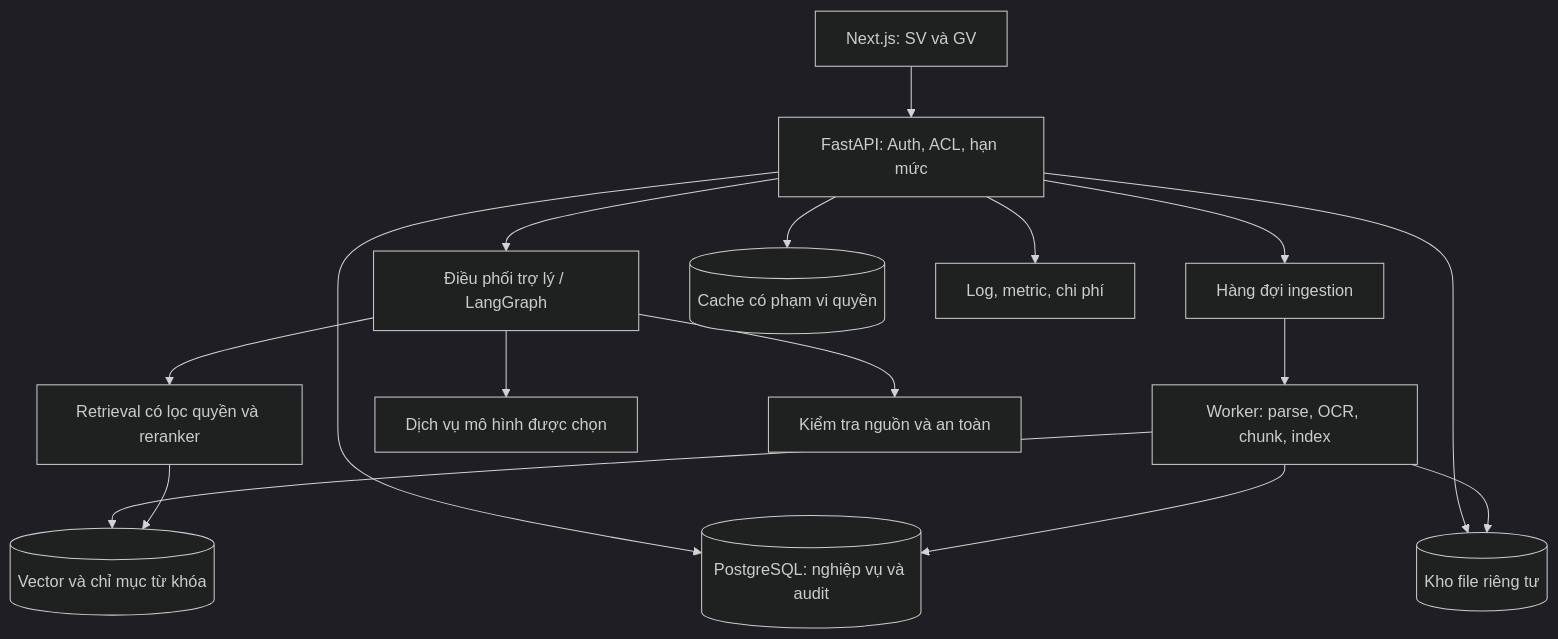
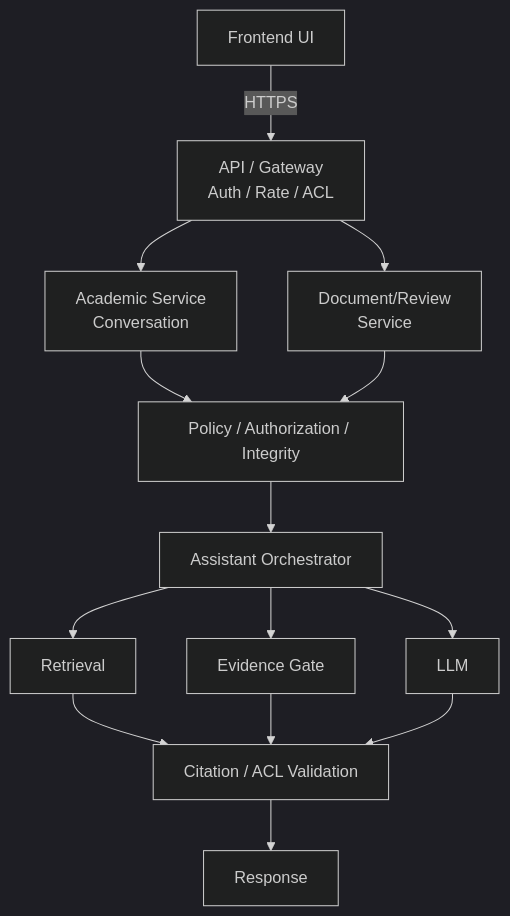
One commit to MinhNhatUet/7grass10wwind changed the sixth of 6 diagrams in docs/documentions/PRD_edu04.md. Above: the diagram before and after it, drawn with Mermaid (dark theme). The commit also changed other lines of this file and 3 other files, not shown here.

First line of the commit message:
docs: sync wireframe/UI flow, backlog và milestone theo PRD v2.0

````diff
--- a/docs/documentions/PRD_edu04.md
+++ b/docs/documentions/PRD_edu04.md
@@ -838,18 +1044,22 @@
 ```mermaid
-flowchart TB
-    UI[Next.js: SV và GV] --> API[FastAPI: Auth, ACL, hạn mức]
-    API --> ORCH[Điều phối trợ lý / LangGraph]
-    API --> DB[(PostgreSQL: nghiệp vụ và audit)]
-    API --> FILE[(Kho file riêng tư)]
-    API --> QUEUE[Hàng đợi ingestion]
-    QUEUE --> WORKER[Worker: parse, OCR, chunk, index]
-    WORKER --> FILE
-    WORKER --> DB
-    WORKER --> INDEX[(Vector và chỉ mục từ khóa)]
-    ORCH --> RET[Retrieval có lọc quyền và reranker]
-    RET --> INDEX
-    ORCH --> LLM[Dịch vụ mô hình được chọn]
-    ORCH --> CHECK[Kiểm tra nguồn và an toàn]
-    API --> CACHE[(Cache có phạm vi quyền)]
-    API --> OBS[Log, metric, chi phí]
+flowchart TD
+    UI[Frontend UI] -- HTTPS --> Gateway[API / Gateway\nAuth / Rate / ACL]
+    
+    Gateway --> Academic[Academic Service\nConversation]
+    Gateway --> Doc[Document/Review\nService]
+    
+    Academic --> Policy[Policy / Authorization / Integrity]
+    Doc --> Policy
+    
+    Policy --> Orch[Assistant Orchestrator]
+    
+    Orch --> Retrieval[Retrieval]
+    Orch --> Evidence[Evidence Gate]
+    Orch --> LLM[LLM]
+    
+    Retrieval --> Val[Citation / ACL Validation]
+    Evidence --> Val
+    LLM --> Val
+    
+    Val --> Response[Response]
 ```
````
